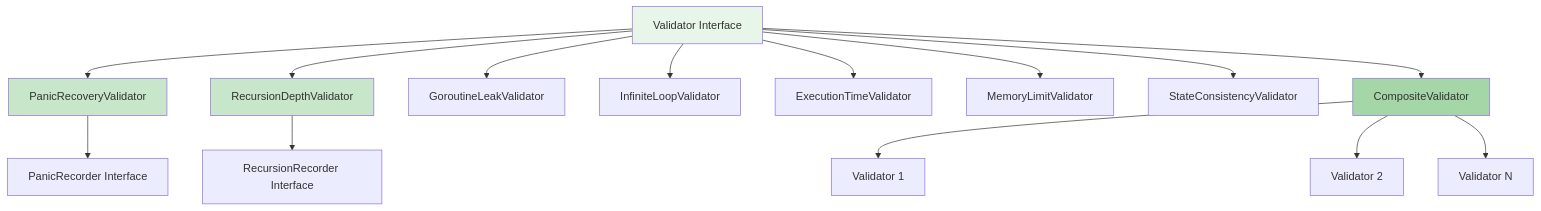
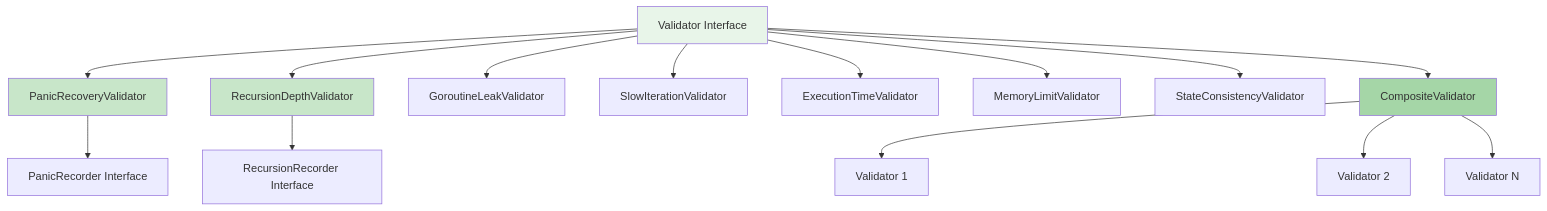
One commit to rom8726/chaoskit changed the eighth of 12 diagrams in ARCHITECTURE.md. Above: the diagram before and after it, drawn with Mermaid. The commit also changed 2 other files, not shown here.

````diff
--- a/ARCHITECTURE.md
+++ b/ARCHITECTURE.md
@@ -259,23 +259,23 @@
 ```mermaid
 graph TB
     Validator[Validator Interface] --> PanicRecovery[PanicRecoveryValidator]
     Validator --> Recursion[RecursionDepthValidator]
     Validator --> Goroutine[GoroutineLeakValidator]
-    Validator --> InfiniteLoop[InfiniteLoopValidator]
+    Validator --> SlowIteration[SlowIterationValidator]
     Validator --> ExecutionTime[ExecutionTimeValidator]
     Validator --> Memory[MemoryLimitValidator]
     Validator --> StateConsistency[StateConsistencyValidator]
     Validator --> Composite[CompositeValidator]
     
     PanicRecovery --> PanicRecorder[PanicRecorder Interface]
     Recursion --> RecursionRecorder[RecursionRecorder Interface]
     
     Composite --> V1[Validator 1]
     Composite --> V2[Validator 2]
     Composite --> VN[Validator N]
     
     style Validator fill:#e8f5e9
     style PanicRecovery fill:#c8e6c9
     style Recursion fill:#c8e6c9
     style Composite fill:#a5d6a7
 ```
````
